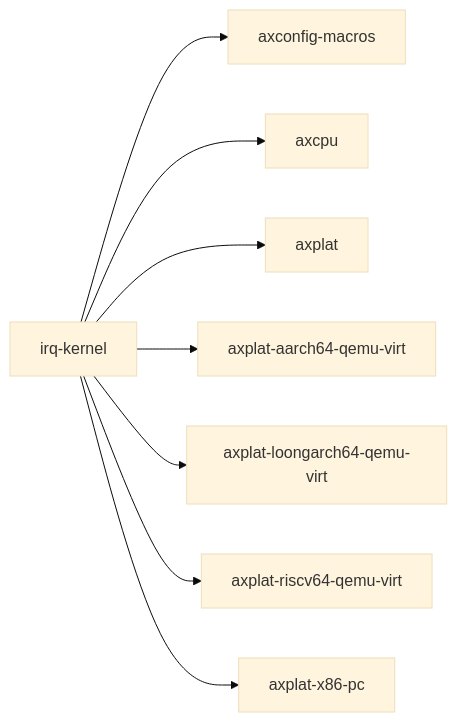
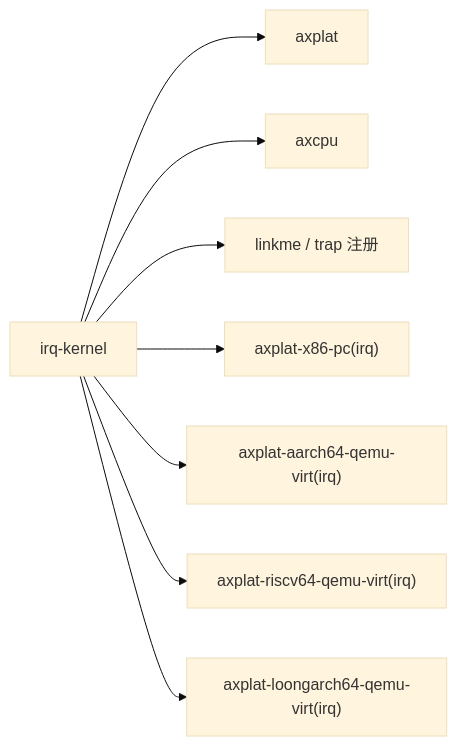
One commit to rcore-os/tgoskits changed the second of 2 diagrams in docs/crates/irq-kernel.md. Above: the diagram before and after it, drawn with Mermaid (base theme). The commit also changed other lines of this file and 99 other files, not shown here.

````diff
--- a/docs/crates/irq-kernel.md
+++ b/docs/crates/irq-kernel.md
@@ -34,11 +82,10 @@
 ```mermaid
 graph LR
-    current["irq-kernel"]
-    current --> axconfig_macros["axconfig-macros"]
-    current --> axcpu["axcpu"]
-    current --> axplat["axplat"]
-    current --> axplat_aarch64_qemu_virt["axplat-aarch64-qemu-virt"]
-    current --> axplat_loongarch64_qemu_virt["axplat-loongarch64-qemu-virt"]
-    current --> axplat_riscv64_qemu_virt["axplat-riscv64-qemu-virt"]
-    current --> axplat_x86_pc["axplat-x86-pc"]
+    sample["irq-kernel"] --> axplat["axplat"]
+    sample --> axcpu["axcpu"]
+    sample --> linkme["linkme / trap 注册"]
+    sample --> x86["axplat-x86-pc(irq)"]
+    sample --> a64["axplat-aarch64-qemu-virt(irq)"]
+    sample --> rv["axplat-riscv64-qemu-virt(irq)"]
+    sample --> loong["axplat-loongarch64-qemu-virt(irq)"]
 ```
````
